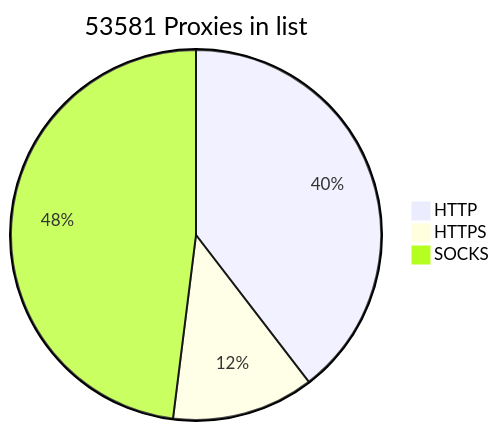
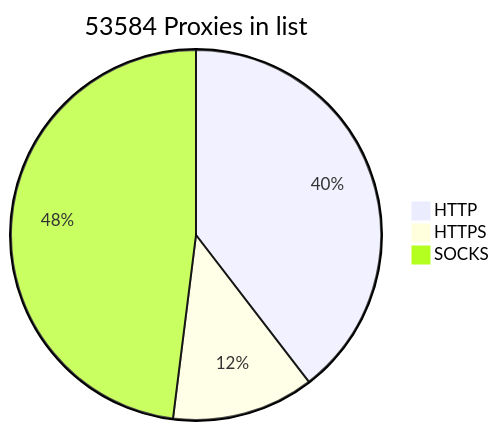
One commit to BlackSnowDot/proxylist-update-every-minute changed the diagram in README.md. Above: the diagram before and after it, drawn with Mermaid.

````diff
--- a/README.md
+++ b/README.md
@@ -2,6 +2,6 @@
 ```mermaid
-pie title 53581 Proxies in list
-    "HTTP" : 23699
-    "HTTPS": 7431
+pie title 53584 Proxies in list
+    "HTTP" : 23698
+    "HTTPS": 7435
     "SOCKS" : 28753
 ```
````
